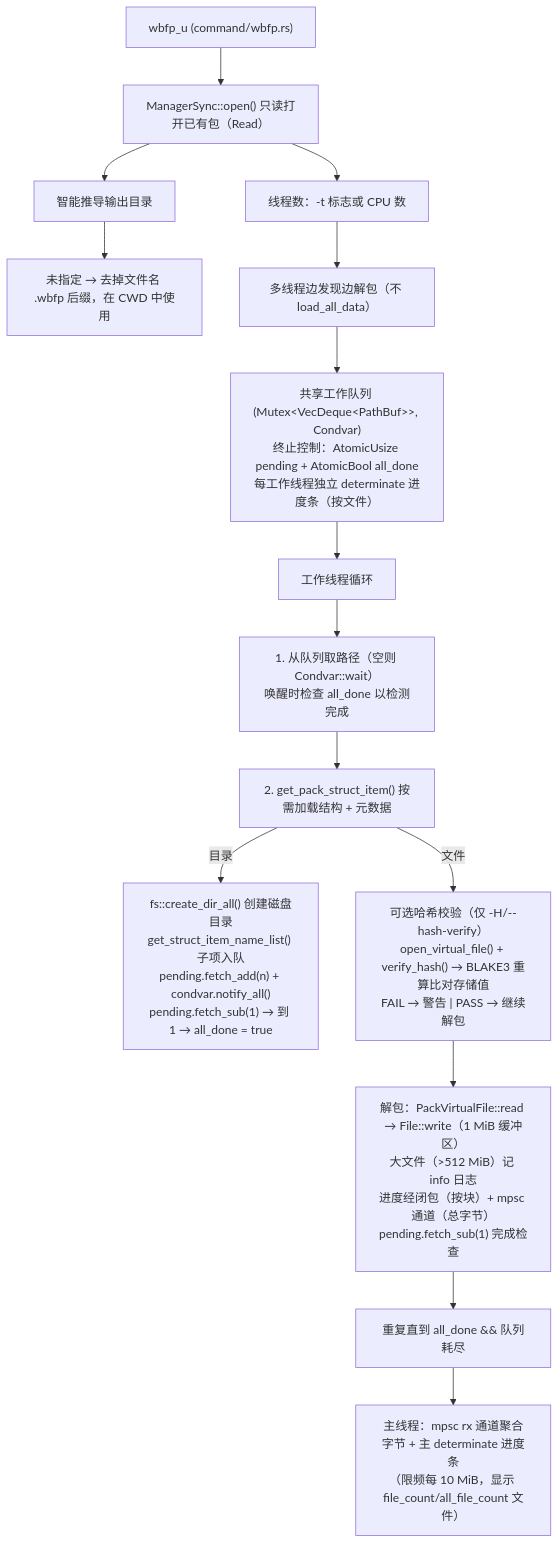
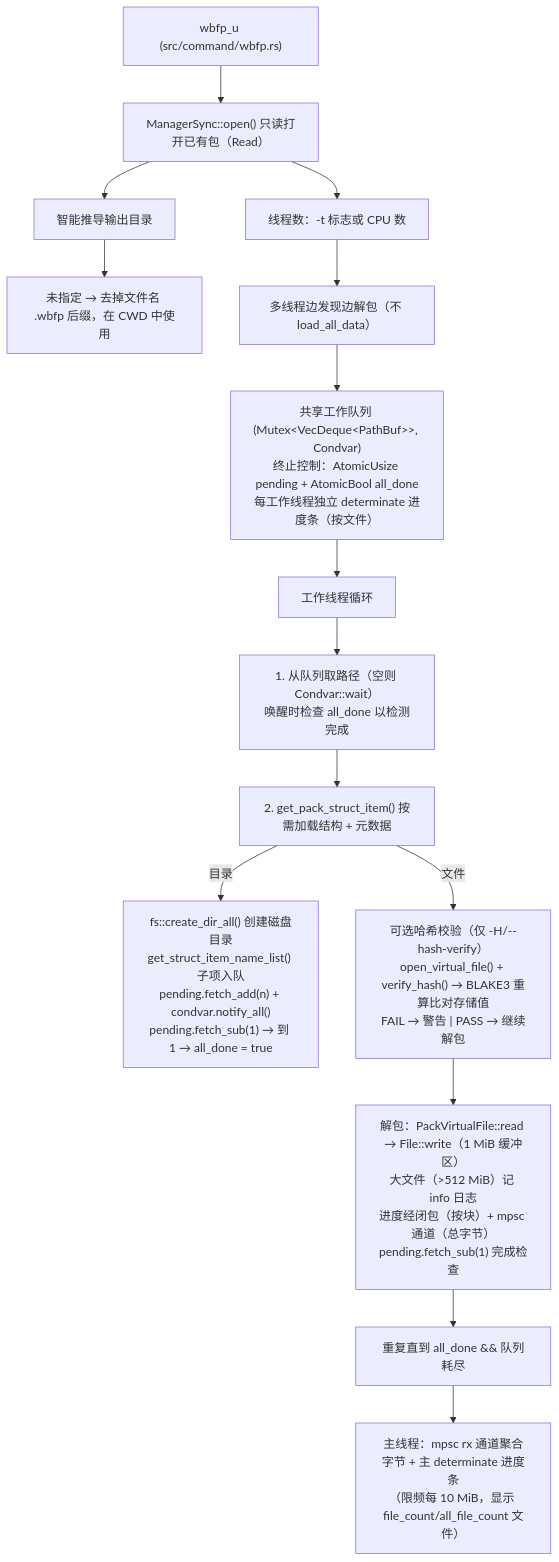
The sixth of 9 diagrams in docs/zh_CN/ARCHITECTURE.md (WaterBall20/water_ball_tool), drawn with Mermaid before and after one commit. The commit also changed other lines of this file and 27 other files, not shown here.

````diff
--- a/docs/zh_CN/ARCHITECTURE.md
+++ b/docs/zh_CN/ARCHITECTURE.md
@@ -693,17 +833,17 @@
 ```mermaid
 flowchart TD
-    U["wbfp_u (command/wbfp.rs)"] --> O["ManagerSync::open() 只读打开已有包（Read）"]
+    U["wbfp_u (src/command/wbfp.rs)"] --> O["ManagerSync::open() 只读打开已有包（Read）"]
     O --> OD["智能推导输出目录"]
     OD --> OD1["未指定 → 去掉文件名 .wbfp 后缀，在 CWD 中使用"]
     O --> TC["线程数：-t 标志或 CPU 数"]
     TC --> DIS["多线程边发现边解包（不 load_all_data）"]
     DIS --> Q["共享工作队列 (Mutex&lt;VecDeque&lt;PathBuf&gt;&gt;, Condvar)<br/>终止控制：AtomicUsize pending + AtomicBool all_done<br/>每工作线程独立 determinate 进度条（按文件）"]
     Q --> W["工作线程循环"]
     W --> W1["1. 从队列取路径（空则 Condvar::wait）<br/>唤醒时检查 all_done 以检测完成"]
     W1 --> W2["2. get_pack_struct_item() 按需加载结构 + 元数据"]
     W2 -->|目录| WD["fs::create_dir_all() 创建磁盘目录<br/>get_struct_item_name_list() 子项入队<br/>pending.fetch_add(n) + condvar.notify_all()<br/>pending.fetch_sub(1) → 到 1 → all_done = true"]
     W2 -->|文件| WF["可选哈希校验（仅 -H/--hash-verify）<br/>open_virtual_file() + verify_hash() → BLAKE3 重算比对存储值<br/>FAIL → 警告 | PASS → 继续解包"]
     WF --> WE["解包：PackVirtualFile::read → File::write（1 MiB 缓冲区）<br/>大文件（>512 MiB）记 info 日志<br/>进度经闭包（按块）+ mpsc 通道（总字节）<br/>pending.fetch_sub(1) 完成检查"]
     WE --> WLOOP["重复直到 all_done && 队列耗尽"]
     WLOOP --> M["主线程：mpsc rx 通道聚合字节 + 主 determinate 进度条<br/>（限频每 10 MiB，显示 file_count/all_file_count 文件）"]
 ```
````
